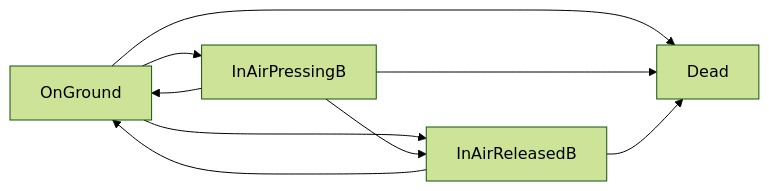
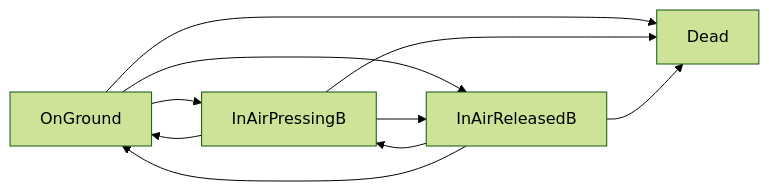
One commit to hymm/bevy_test_platformer changed the diagram in src/player_fsm.md. Above: the diagram before and after it, drawn with Mermaid (forest theme). The commit also changed 1 other file, not shown here.

Commit message:
temp commit player fsm

````diff
--- a/src/player_fsm.md
+++ b/src/player_fsm.md
@@ -10,11 +10,12 @@
 ```mermaid
 graph LR
   OnGround --> InAirPressingB
   OnGround --> InAirReleasedB
   InAirPressingB --> OnGround
   InAirPressingB --> InAirReleasedB
+  InAirReleasedB --> InAirPressingB
   InAirReleasedB --> OnGround
   OnGround --> Dead
   InAirPressingB --> Dead
   InAirReleasedB --> Dead
 ```
````
